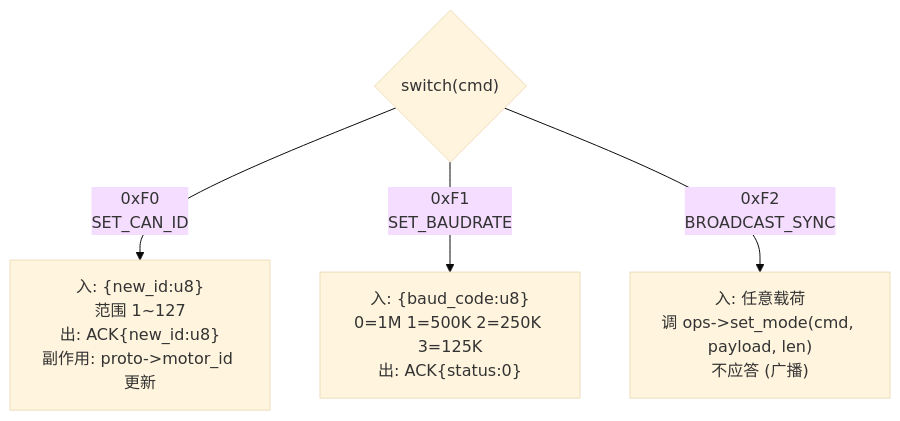
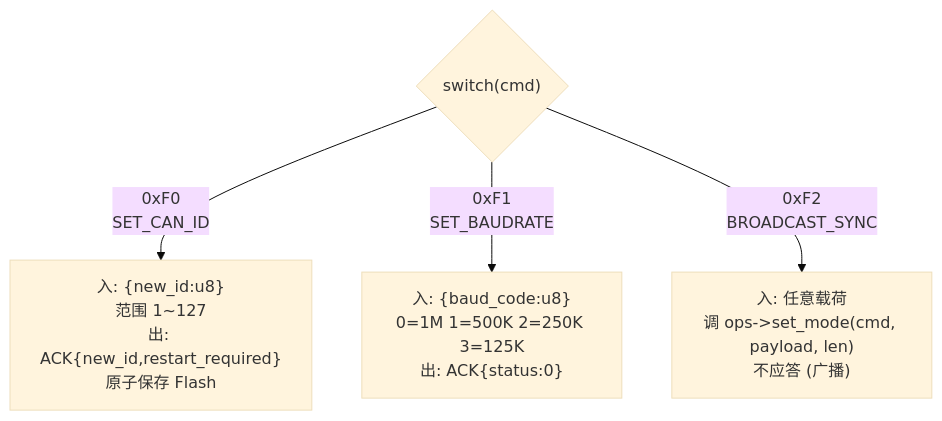
One commit to DalinYYYY/JM-App changed the tenth of 22 diagrams in User/Protocol/docs/joint_proto_解析流程说明.md. Above: the diagram before and after it, drawn with Mermaid (base theme). The commit also changed other lines of this file and 6 other files, not shown here.

````diff
--- a/User/Protocol/docs/joint_proto_解析流程说明.md
+++ b/User/Protocol/docs/joint_proto_解析流程说明.md
@@ -397,8 +397,8 @@
 ```mermaid
 flowchart TB
     SW{"switch(cmd)"}
 
-    SW -->|0xF0<br/>SET_CAN_ID| F1["入: {new_id:u8}<br/>范围 1~127<br/>出: ACK{new_id:u8}<br/>副作用: proto->motor_id 更新"]
+    SW -->|0xF0<br/>SET_CAN_ID| F1["入: {new_id:u8}<br/>范围 1~127<br/>出: ACK{new_id,restart_required}<br/>原子保存 Flash"]
     SW -->|0xF1<br/>SET_BAUDRATE| F2["入: {baud_code:u8}<br/>0=1M 1=500K 2=250K 3=125K<br/>出: ACK{status:0}"]
     SW -->|0xF2<br/>BROADCAST_SYNC| F3["入: 任意载荷<br/>调 ops->set_mode(cmd, payload, len)<br/>不应答 (广播)"]
 ```
````
